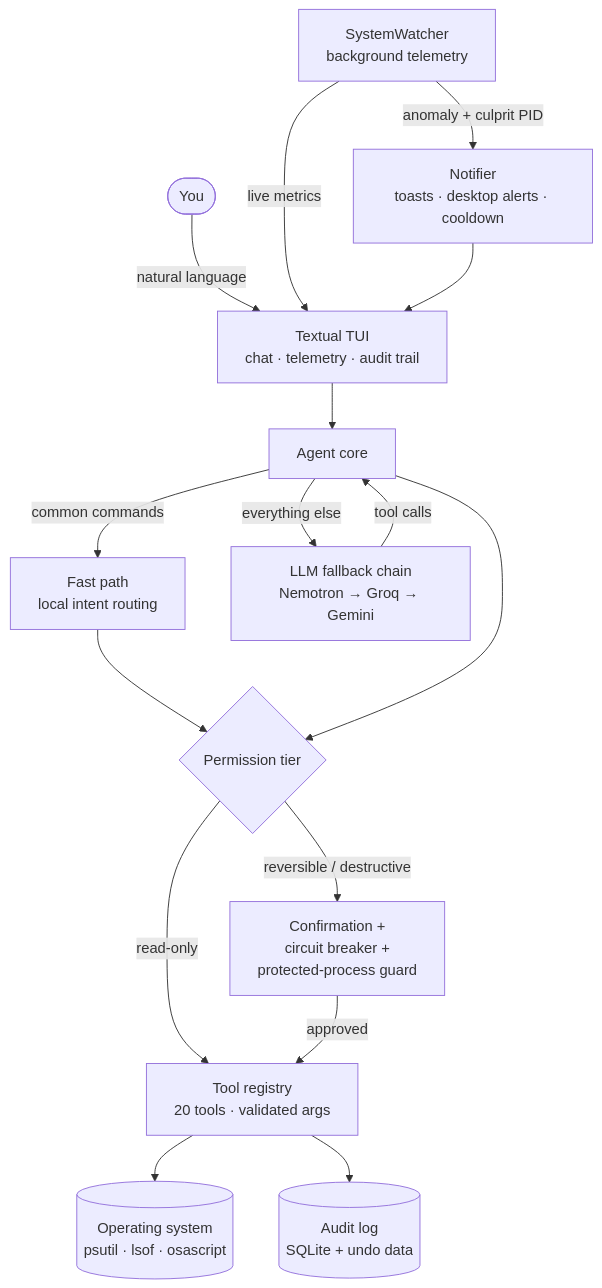
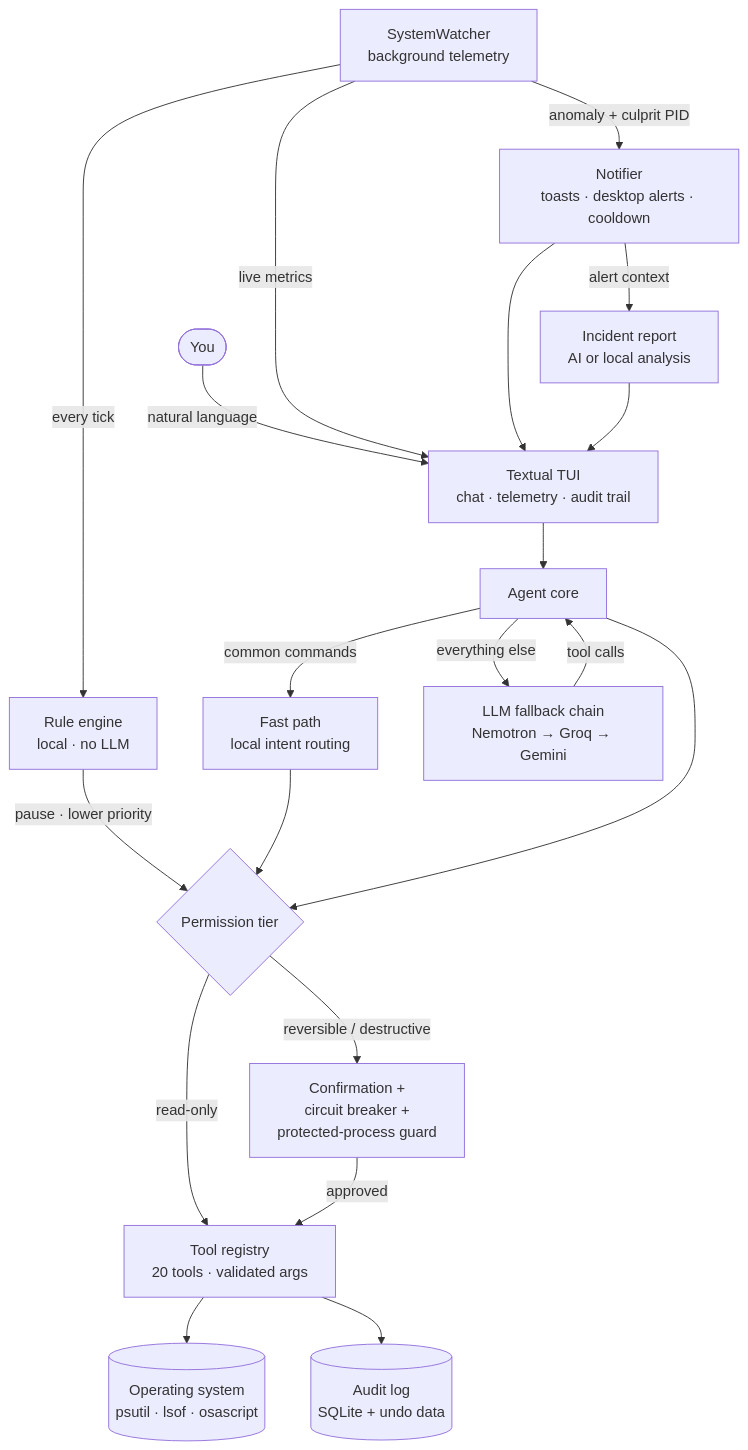
The diagram in README.md (hirakjyoti08/sentinel-ai_os_agent), drawn with Mermaid before and after one commit. The commit also changed other lines of this file and 2 other files, not shown here.

First line of the commit message:
docs: document automation rules and incident reports

````diff
--- a/README.md
+++ b/README.md
@@ -49,20 +51,24 @@
 ```mermaid
 flowchart TD
     U([You]) -->|natural language| TUI["Textual TUI<br/>chat · telemetry · audit trail"]
     W["SystemWatcher<br/>background telemetry"] -->|anomaly + culprit PID| N["Notifier<br/>toasts · desktop alerts · cooldown"]
     W -->|live metrics| TUI
     N --> TUI
+    W -->|every tick| R["Rule engine<br/>local · no LLM"]
+    R -->|pause · lower priority| P
+    N -->|alert context| IR["Incident report<br/>AI or local analysis"]
+    IR --> TUI
 
     TUI --> A["Agent core"]
     A -->|common commands| FP["Fast path<br/>local intent routing"]
     A -->|everything else| LLM["LLM fallback chain<br/>Nemotron → Groq → Gemini"]
     LLM -->|tool calls| A
 
     FP --> P{"Permission tier"}
     A --> P
     P -->|read-only| T["Tool registry<br/>20 tools · validated args"]
     P -->|reversible / destructive| C["Confirmation +<br/>circuit breaker +<br/>protected-process guard"]
     C -->|approved| T
     T --> OS[("Operating system<br/>psutil · lsof · osascript")]
     T --> L[("Audit log<br/>SQLite + undo data")]
 ```
````
